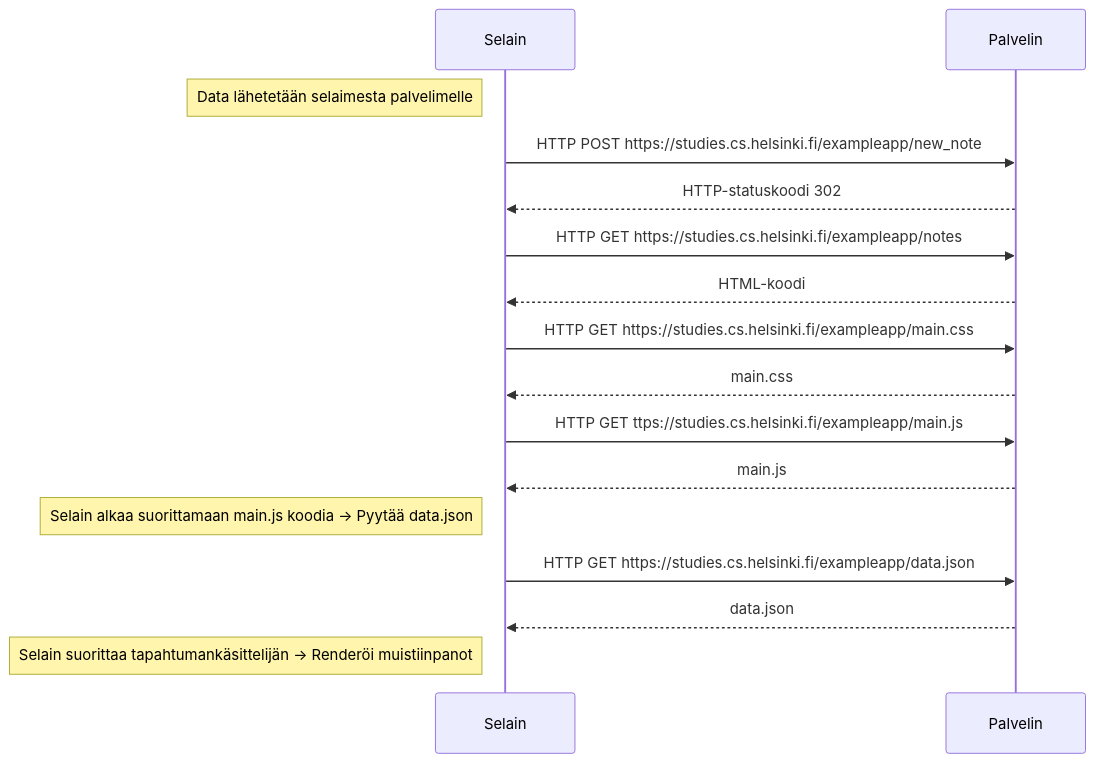
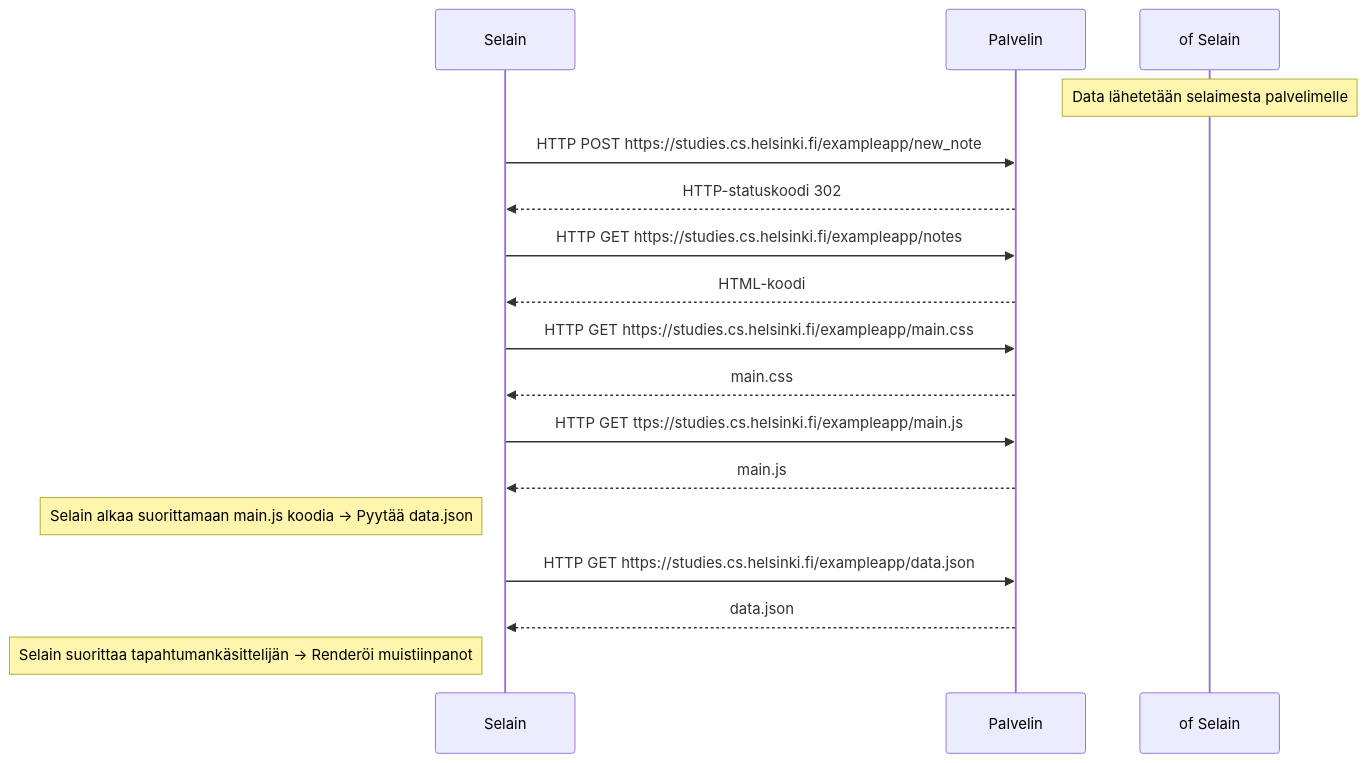
Before and after one commit to JuusoKil/osa0: the diagram in 04_uusi_muistiinpano.md, drawn with Mermaid.

````diff
--- a/04_uusi_muistiinpano.md
+++ b/04_uusi_muistiinpano.md
@@ -1,33 +1,33 @@
 ```mermaid
 
 sequenceDiagram
     participant Selain
     participant Palvelin
     
-Note left of Selain: Data lähetetään selaimesta palvelimelle
+Note over of Selain: Data lähetetään selaimesta palvelimelle
 
 Selain->>Palvelin: HTTP POST https://studies.cs.helsinki.fi/exampleapp/new_note;
 
 Palvelin-->>Selain: HTTP-statuskoodi 302;
 
 Selain->>Palvelin: HTTP GET https://studies.cs.helsinki.fi/exampleapp/notes;
 
 Palvelin-->>Selain: HTML-koodi;
 
 Selain->>Palvelin: HTTP GET https://studies.cs.helsinki.fi/exampleapp/main.css;
 
 Palvelin-->>Selain: main.css;
 
 Selain->>Palvelin: HTTP GET ttps://studies.cs.helsinki.fi/exampleapp/main.js;
 
 Palvelin-->>Selain: main.js;
 
 Note left of Selain: Selain alkaa suorittamaan main.js koodia -> Pyytää data.json
 
 Selain->>Palvelin: HTTP GET https://studies.cs.helsinki.fi/exampleapp/data.json;
 
 Palvelin-->>Selain: data.json;
 
 Note left of Selain: Selain suorittaa tapahtumankäsittelijän -> Renderöi muistiinpanot
 
 ```
````
